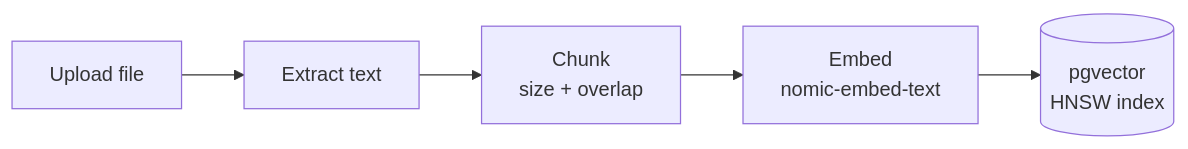
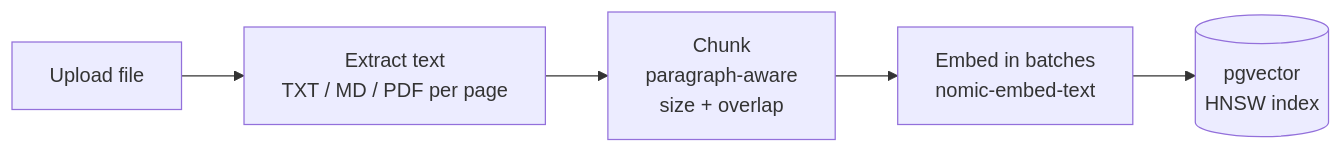
Before and after one commit to JakubRzadzki/Local-RAG-System: the fourth of 6 diagrams in README.md, drawn with Mermaid. The commit also changed other lines of this file, not shown here.

Commit message:
docs: rewrite README with stack, diagrams, Docker setup, web search, hardware and results

````diff
--- a/README.md
+++ b/README.md
@@ -66,7 +195,7 @@
 ```mermaid
 flowchart LR
-    A[Upload file] --> B[Extract text]
-    B --> C[Chunk<br/>size + overlap]
-    C --> D["Embed<br/>nomic-embed-text"]
+    A[Upload file] --> B["Extract text<br/>TXT / MD / PDF per page"]
+    B --> C["Chunk<br/>paragraph-aware<br/>size + overlap"]
+    C --> D["Embed in batches<br/>nomic-embed-text"]
     D --> E[("pgvector<br/>HNSW index")]
 ```
````
